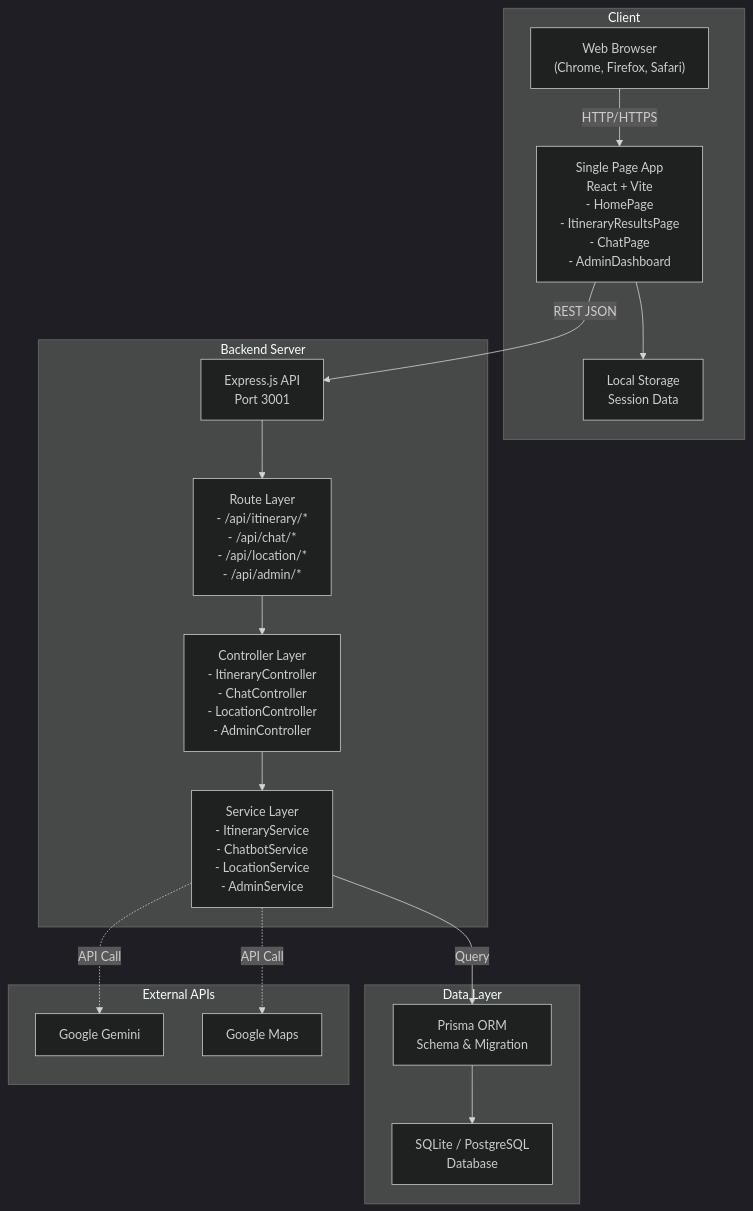
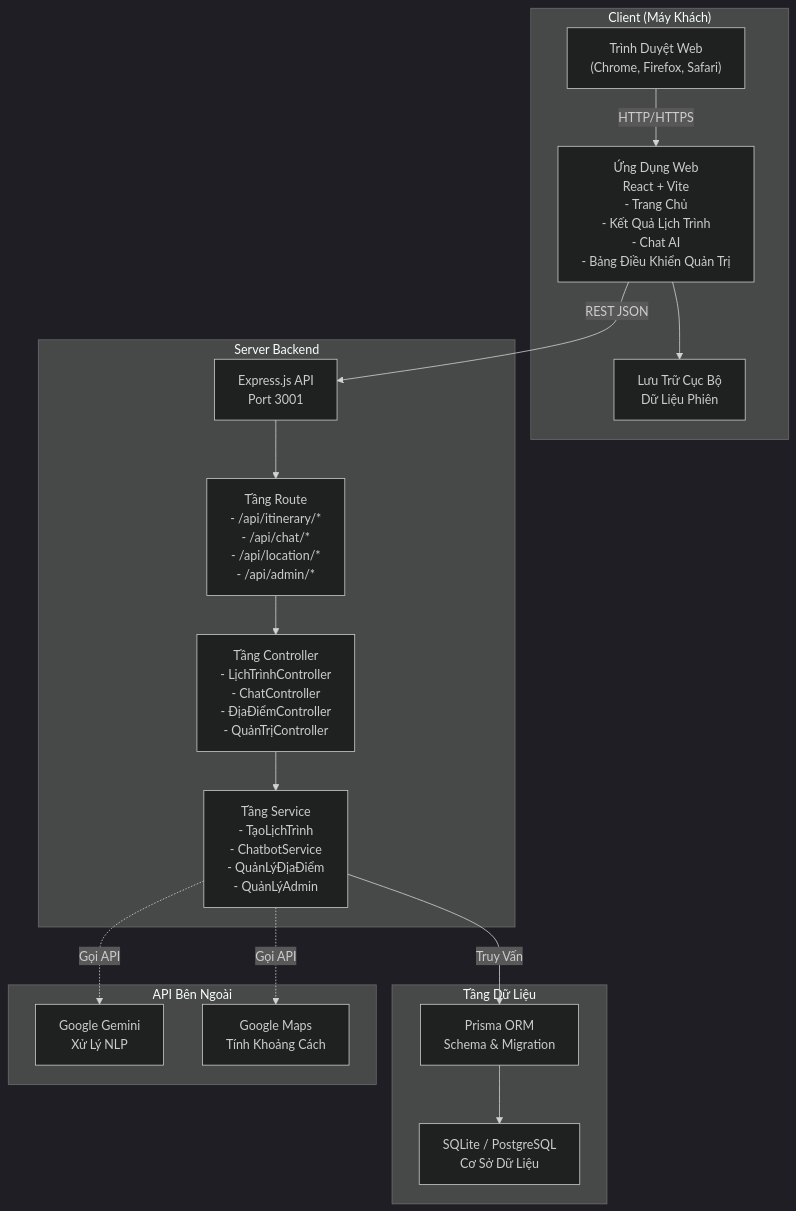
The third of 10 diagrams in docs/ARCHITECTURE.md (Doggie-H/Dana-Travel), drawn with Mermaid (dark theme) before and after one commit. The commit also changed other lines of this file, not shown here.

````diff
--- a/docs/ARCHITECTURE.md
+++ b/docs/ARCHITECTURE.md
@@ -113,39 +113,39 @@
 ```mermaid
 graph TB
-    subgraph Client["Client"]
-        Browser["Web Browser<br/>(Chrome, Firefox, Safari)"]
-        SPA["Single Page App<br/>React + Vite<br/>- HomePage<br/>- ItineraryResultsPage<br/>- ChatPage<br/>- AdminDashboard"]
-        Storage["Local Storage<br/>Session Data"]
+    subgraph Client["Client (Máy Khách)"]
+        Browser["Trình Duyệt Web<br/>(Chrome, Firefox, Safari)"]
+        SPA["Ứng Dụng Web<br/>React + Vite<br/>- Trang Chủ<br/>- Kết Quả Lịch Trình<br/>- Chat AI<br/>- Bảng Điều Khiển Quản Trị"]
+        Storage["Lưu Trữ Cục Bộ<br/>Dữ Liệu Phiên"]
     end
 
-    subgraph Server["Backend Server"]
+    subgraph Server["Server Backend"]
         API["Express.js API<br/>Port 3001"]
-        Routes["Route Layer<br/>- /api/itinerary/*<br/>- /api/chat/*<br/>- /api/location/*<br/>- /api/admin/*"]
-        Ctrls["Controller Layer<br/>- ItineraryController<br/>- ChatController<br/>- LocationController<br/>- AdminController"]
-        Srvs["Service Layer<br/>- ItineraryService<br/>- ChatbotService<br/>- LocationService<br/>- AdminService"]
+        Routes["Tầng Route<br/>- /api/itinerary/*<br/>- /api/chat/*<br/>- /api/location/*<br/>- /api/admin/*"]
+        Ctrls["Tầng Controller<br/>- LịchTrìnhController<br/>- ChatController<br/>- ĐịaĐiểmController<br/>- QuảnTrịController"]
+        Srvs["Tầng Service<br/>- TạoLịchTrình<br/>- ChatbotService<br/>- QuảnLýĐịaĐiểm<br/>- QuảnLýAdmin"]
     end
 
-    subgraph Data["Data Layer"]
-        DB["SQLite / PostgreSQL<br/>Database"]
+    subgraph Data["Tầng Dữ Liệu"]
+        DB["SQLite / PostgreSQL<br/>Cơ Sở Dữ Liệu"]
         Prisma["Prisma ORM<br/>Schema & Migration"]
     end
 
-    subgraph External["External APIs"]
-        Gemini["Google Gemini"]
-        Maps["Google Maps"]
+    subgraph External["API Bên Ngoài"]
+        Gemini["Google Gemini<br/>Xử Lý NLP"]
+        Maps["Google Maps<br/>Tính Khoảng Cách"]
     end
 
     Browser -->|HTTP/HTTPS| SPA
     SPA -->|REST JSON| API
     SPA --> Storage
 
     API --> Routes
     Routes --> Ctrls
     Ctrls --> Srvs
 
-    Srvs -->|Query| Prisma
+    Srvs -->|Truy Vấn| Prisma
     Prisma --> DB
 
-    Srvs -.->|API Call| Gemini
-    Srvs -.->|API Call| Maps
+    Srvs -.->|Gọi API| Gemini
+    Srvs -.->|Gọi API| Maps
 ```
````
